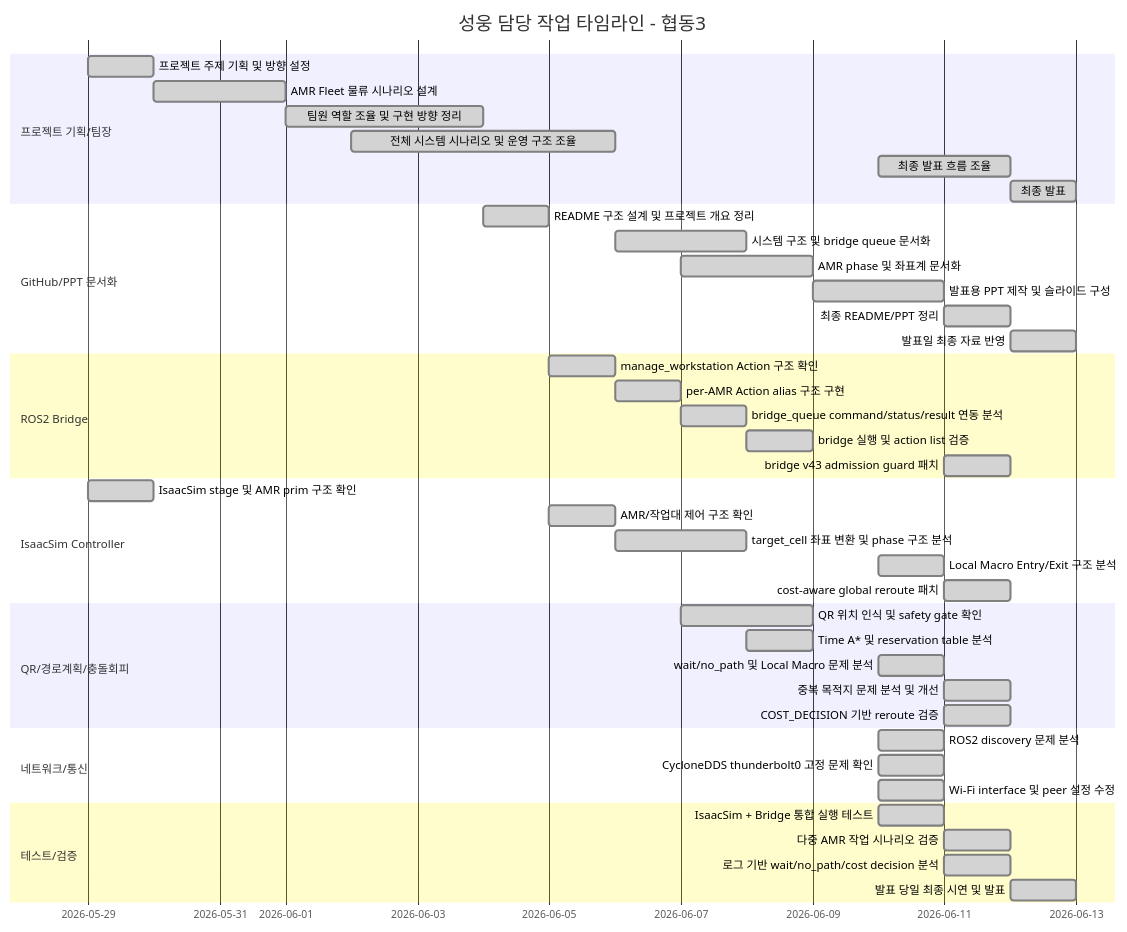
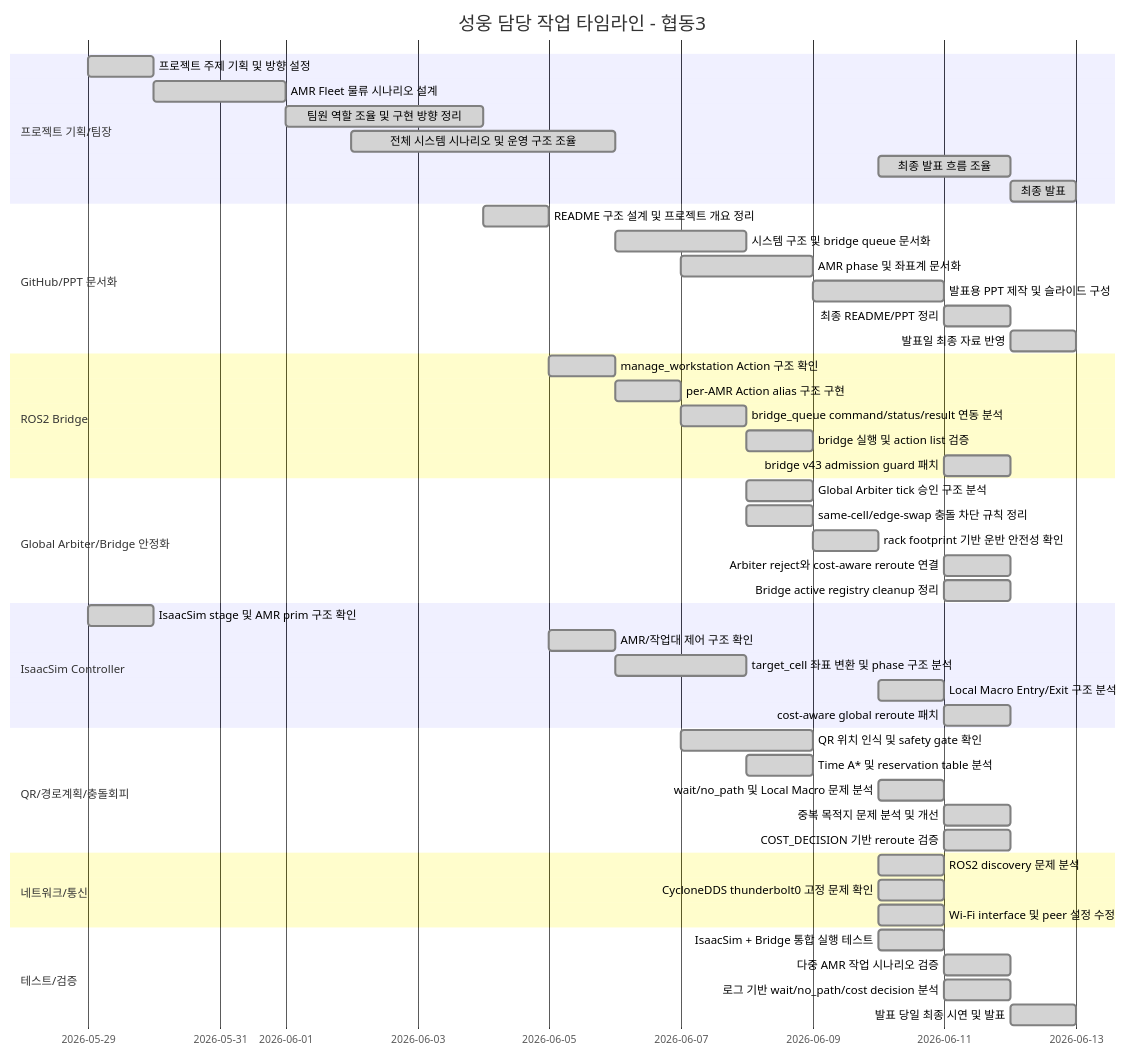
Before and after one commit to sungwung1201/SNFC: the diagram in YSW/README.md, drawn with Mermaid. The commit also changed other lines of this file, not shown here.

````diff
--- a/YSW/README.md
+++ b/YSW/README.md
@@ -318,53 +349,60 @@
 ```mermaid
 gantt
     title 성웅 담당 작업 타임라인 - 협동3
     dateFormat  YYYY-MM-DD
 
     section 프로젝트 기획/팀장
     프로젝트 주제 기획 및 방향 설정              :done, p1, 2026-05-29, 1d
     AMR Fleet 물류 시나리오 설계                 :done, p2, 2026-05-30, 2d
     팀원 역할 조율 및 구현 방향 정리              :done, p3, 2026-06-01, 3d
     전체 시스템 시나리오 및 운영 구조 조율          :done, p4, 2026-06-02, 4d
     최종 발표 흐름 조율                           :done, p5, 2026-06-10, 2d
     최종 발표                                    :done, p6, 2026-06-12, 1d
 
     section GitHub/PPT 문서화
     README 구조 설계 및 프로젝트 개요 정리          :done, d1, 2026-06-04, 1d
     시스템 구조 및 bridge queue 문서화             :done, d2, 2026-06-06, 2d
     AMR phase 및 좌표계 문서화                     :done, d3, 2026-06-07, 2d
     발표용 PPT 제작 및 슬라이드 구성                :done, d4, 2026-06-09, 2d
     최종 README/PPT 정리                           :done, d5, 2026-06-11, 1d
     발표일 최종 자료 반영                          :done, d6, 2026-06-12, 1d
 
     section ROS2 Bridge
     manage_workstation Action 구조 확인            :done, r1, 2026-06-05, 1d
     per-AMR Action alias 구조 구현                  :done, r2, 2026-06-06, 1d
     bridge_queue command/status/result 연동 분석    :done, r3, 2026-06-07, 1d
     bridge 실행 및 action list 검증                 :done, r4, 2026-06-08, 1d
     bridge v43 admission guard 패치                 :done, r5, 2026-06-11, 1d
 
+    section Global Arbiter/Bridge 안정화
+    Global Arbiter tick 승인 구조 분석              :done, g1, 2026-06-08, 1d
+    same-cell/edge-swap 충돌 차단 규칙 정리          :done, g2, 2026-06-08, 1d
+    rack footprint 기반 운반 안전성 확인             :done, g3, 2026-06-09, 1d
+    Arbiter reject와 cost-aware reroute 연결         :done, g4, 2026-06-11, 1d
+    Bridge active registry cleanup 정리              :done, g5, 2026-06-11, 1d
+
     section IsaacSim Controller
     IsaacSim stage 및 AMR prim 구조 확인             :done, c1, 2026-05-29, 1d
     AMR/작업대 제어 구조 확인                       :done, c2, 2026-06-05, 1d
     target_cell 좌표 변환 및 phase 구조 분석         :done, c3, 2026-06-06, 2d
     Local Macro Entry/Exit 구조 분석                 :done, c4, 2026-06-10, 1d
     cost-aware global reroute 패치                  :done, c5, 2026-06-11, 1d
 
     section QR/경로계획/충돌회피
     QR 위치 인식 및 safety gate 확인                :done, q1, 2026-06-07, 2d
     Time A* 및 reservation table 분석               :done, q2, 2026-06-08, 1d
     wait/no_path 및 Local Macro 문제 분석            :done, q3, 2026-06-10, 1d
     중복 목적지 문제 분석 및 개선                   :done, q4, 2026-06-11, 1d
     COST_DECISION 기반 reroute 검증                 :done, q5, 2026-06-11, 1d
 
     section 네트워크/통신
     ROS2 discovery 문제 분석                        :done, n1, 2026-06-10, 1d
     CycloneDDS thunderbolt0 고정 문제 확인           :done, n2, 2026-06-10, 1d
     Wi-Fi interface 및 peer 설정 수정                :done, n3, 2026-06-10, 1d
 
     section 테스트/검증
     IsaacSim + Bridge 통합 실행 테스트               :done, t1, 2026-06-10, 1d
     다중 AMR 작업 시나리오 검증                     :done, t2, 2026-06-11, 1d
     로그 기반 wait/no_path/cost decision 분석        :done, t3, 2026-06-11, 1d
     발표 당일 최종 시연 및 발표                     :done, t4, 2026-06-12, 1d
 ```
````
